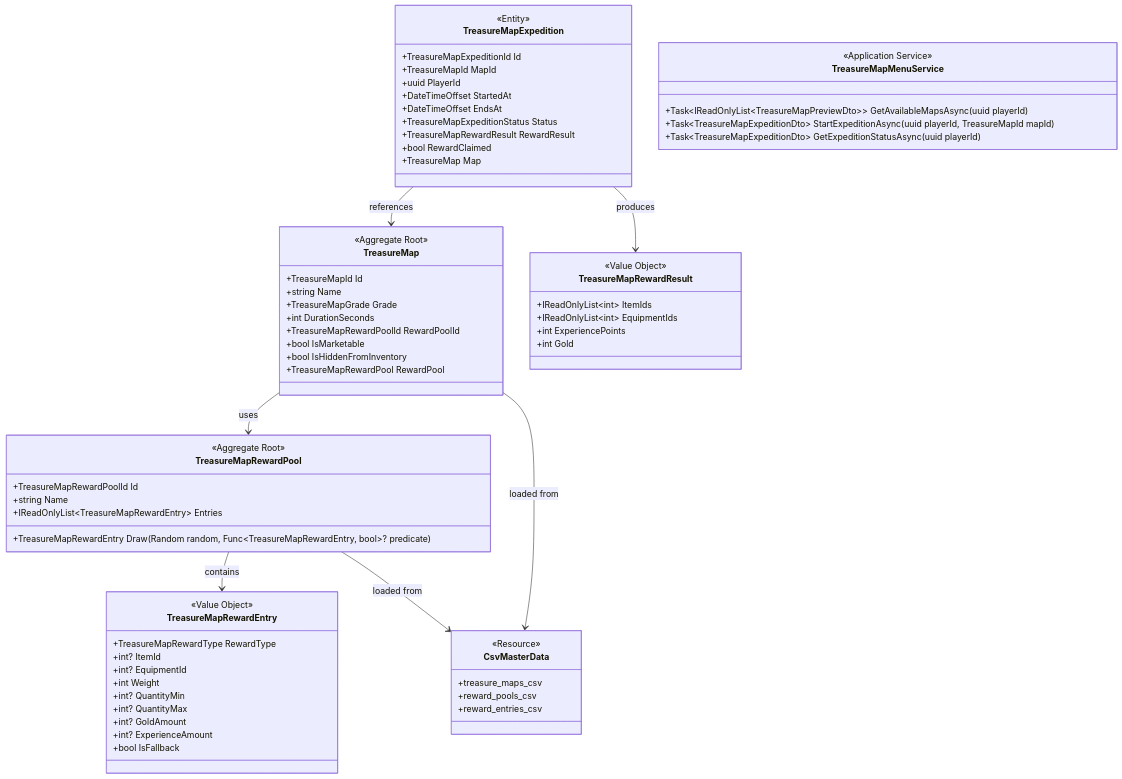
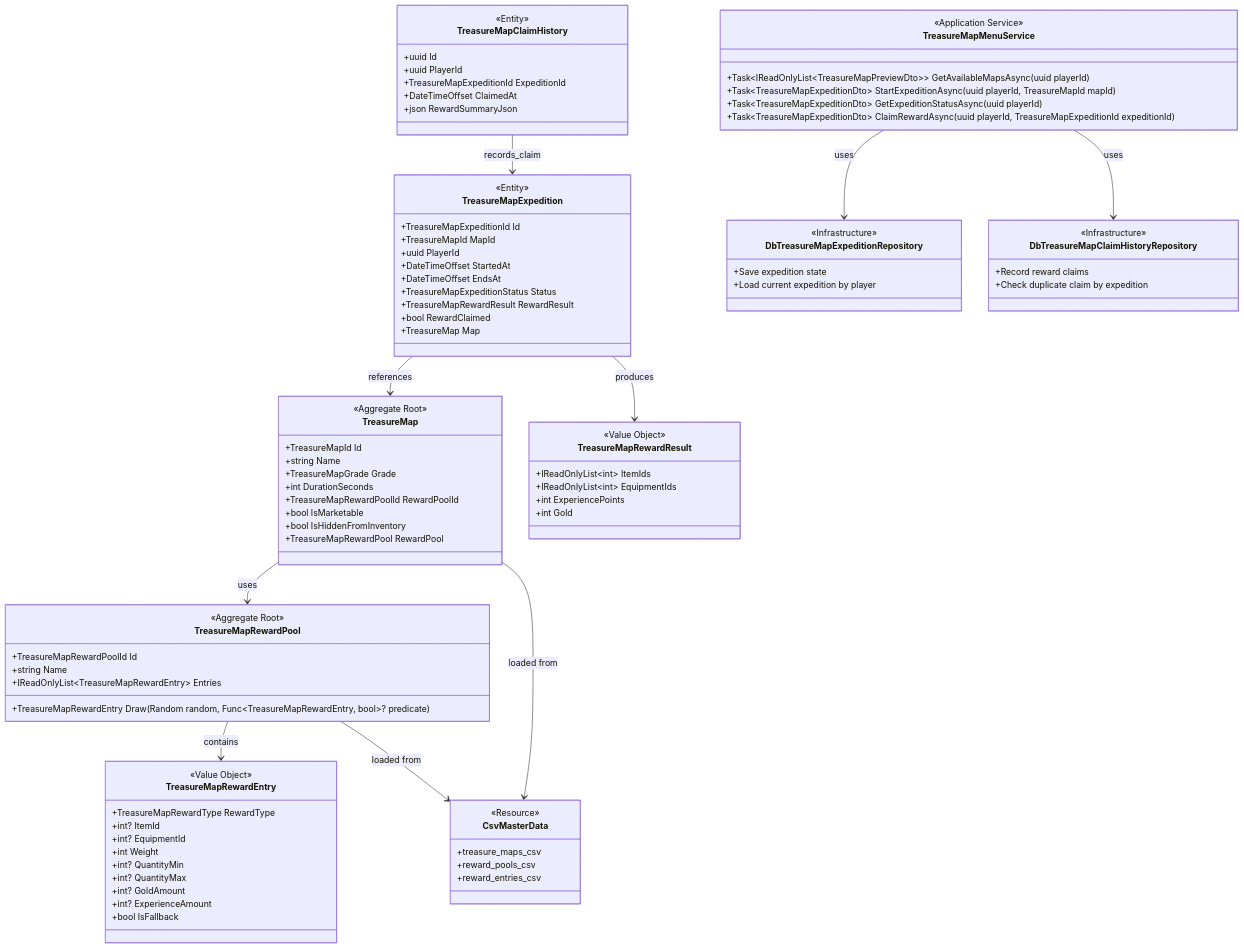
One commit to ayumu203/nisekue changed the diagram in docs/MMD12_TreasureMapDomain.mmd. Above: the diagram before and after it, drawn with Mermaid. The commit also changed 2 other files, not shown here.

```diff
--- a/docs/MMD12_TreasureMapDomain.mmd
+++ b/docs/MMD12_TreasureMapDomain.mmd
@@ -1,77 +1,102 @@
 classDiagram
     %% 宝の地図ドメインの集約
 
     class TreasureMapRewardEntry {
         <<Value Object>>
         +TreasureMapRewardType RewardType
         +int? ItemId
         +int? EquipmentId
         +int Weight
         +int? QuantityMin
         +int? QuantityMax
         +int? GoldAmount
         +int? ExperienceAmount
         +bool IsFallback
     }
 
     class TreasureMapRewardPool {
         <<Aggregate Root>>
         +TreasureMapRewardPoolId Id
         +string Name
         +IReadOnlyList~TreasureMapRewardEntry~ Entries
         +TreasureMapRewardEntry Draw(Random random, Func~TreasureMapRewardEntry, bool~? predicate)
     }
 
     class TreasureMap {
         <<Aggregate Root>>
         +TreasureMapId Id
         +string Name
         +TreasureMapGrade Grade
         +int DurationSeconds
         +TreasureMapRewardPoolId RewardPoolId
         +bool IsMarketable
         +bool IsHiddenFromInventory
         +TreasureMapRewardPool RewardPool
     }
 
     class TreasureMapExpedition {
         <<Entity>>
         +TreasureMapExpeditionId Id
         +TreasureMapId MapId
         +uuid PlayerId
         +DateTimeOffset StartedAt
         +DateTimeOffset EndsAt
         +TreasureMapExpeditionStatus Status
         +TreasureMapRewardResult RewardResult
         +bool RewardClaimed
         +TreasureMap Map
     }
 
+    class TreasureMapClaimHistory {
+        <<Entity>>
+        +uuid Id
+        +uuid PlayerId
+        +TreasureMapExpeditionId ExpeditionId
+        +DateTimeOffset ClaimedAt
+        +json RewardSummaryJson
+    }
+
     class TreasureMapRewardResult {
         <<Value Object>>
         +IReadOnlyList~int~ ItemIds
         +IReadOnlyList~int~ EquipmentIds
         +int ExperiencePoints
         +int Gold
     }
 
     class TreasureMapMenuService {
         <<Application Service>>
         +Task~IReadOnlyList~TreasureMapPreviewDto~~ GetAvailableMapsAsync(uuid playerId)
         +Task~TreasureMapExpeditionDto~ StartExpeditionAsync(uuid playerId, TreasureMapId mapId)
         +Task~TreasureMapExpeditionDto~ GetExpeditionStatusAsync(uuid playerId)
+        +Task~TreasureMapExpeditionDto~ ClaimRewardAsync(uuid playerId, TreasureMapExpeditionId expeditionId)
     }
 
     class CsvMasterData {
         <<Resource>>
         +treasure_maps_csv
         +reward_pools_csv
         +reward_entries_csv
     }
 
+    class DbTreasureMapExpeditionRepository {
+        <<Infrastructure>>
+        +Save expedition state
+        +Load current expedition by player
+    }
+
+    class DbTreasureMapClaimHistoryRepository {
+        <<Infrastructure>>
+        +Record reward claims
+        +Check duplicate claim by expedition
+    }
+
     TreasureMapRewardPool --> TreasureMapRewardEntry : contains
     TreasureMap --> TreasureMapRewardPool : uses
     TreasureMapExpedition --> TreasureMap : references
     TreasureMapExpedition --> TreasureMapRewardResult : produces
+    TreasureMapClaimHistory --> TreasureMapExpedition : records_claim
     TreasureMap --> CsvMasterData : loaded from
     TreasureMapRewardPool --> CsvMasterData : loaded from
+    TreasureMapMenuService --> DbTreasureMapExpeditionRepository : uses
+    TreasureMapMenuService --> DbTreasureMapClaimHistoryRepository : uses
```
